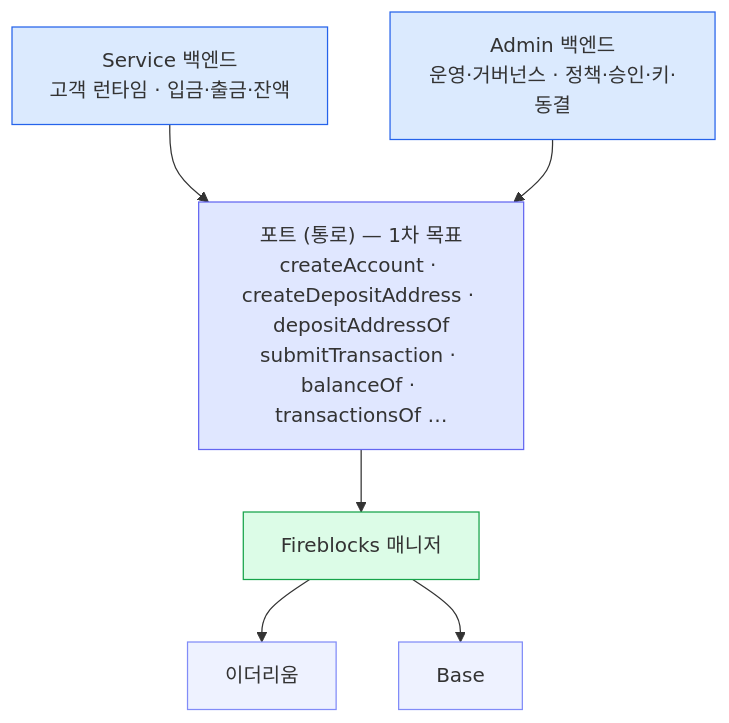
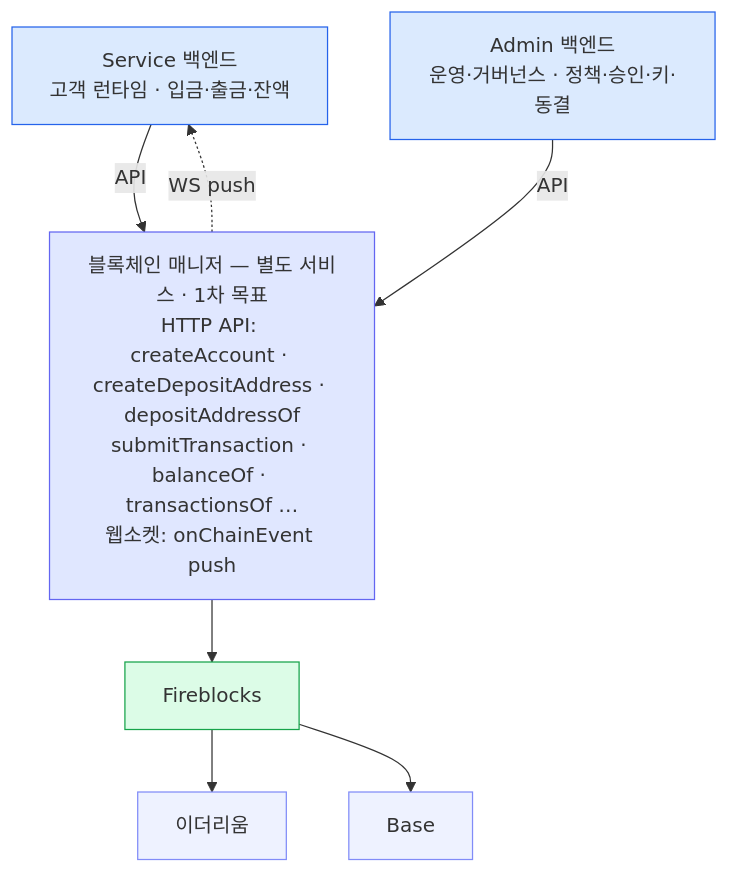
Before and after one commit to eunsujeo/eunpus: the first of 3 diagrams in blockchain-manager/docs/설계/00-cast.md, drawn with Mermaid. The commit also changed other lines of this file and 10 other files, not shown here.

First line of the commit message:
칸반 문서: 아키텍처 경계 전면 전환 — 포트/어댑터 → 매니저 API + 웹소켓

````diff
--- a/blockchain-manager/docs/설계/00-cast.md
+++ b/blockchain-manager/docs/설계/00-cast.md
@@ -14,21 +14,22 @@
 ```mermaid
 flowchart TB
     SVC["Service 백엔드<br/>고객 런타임 · 입금·출금·잔액"]
     ADM["Admin 백엔드<br/>운영·거버넌스 · 정책·승인·키·동결"]
-    PORT["포트 (통로) — 1차 목표<br/>createAccount · createDepositAddress · depositAddressOf<br/>submitTransaction · balanceOf · transactionsOf …"]
-    FB["Fireblocks 매니저"]
+    BM["블록체인 매니저 — 별도 서비스 · 1차 목표<br/>HTTP API: createAccount · createDepositAddress · depositAddressOf<br/>submitTransaction · balanceOf · transactionsOf …<br/>웹소켓: onChainEvent push"]
+    FB["Fireblocks"]
     ETH["이더리움"]
     BASE["Base"]
 
-    SVC --> PORT
-    ADM --> PORT
-    PORT --> FB
+    SVC -->|API| BM
+    ADM -->|API| BM
+    BM -.->|WS push| SVC
+    BM --> FB
     FB --> ETH
     FB --> BASE
 
     classDef be fill:#dbeafe,stroke:#2563eb;
     classDef port fill:#e0e7ff,stroke:#6366f1;
     classDef vendor fill:#dcfce7,stroke:#16a34a;
     classDef chain fill:#eef2ff,stroke:#818cf8;
-    class SVC,ADM be; class PORT port; class FB vendor; class ETH,BASE chain;
+    class SVC,ADM be; class BM port; class FB vendor; class ETH,BASE chain;
 ```
````
